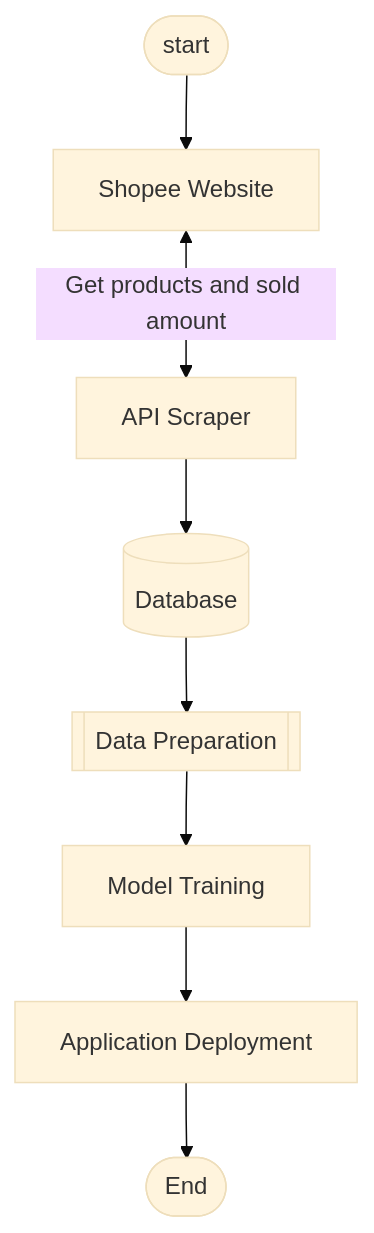
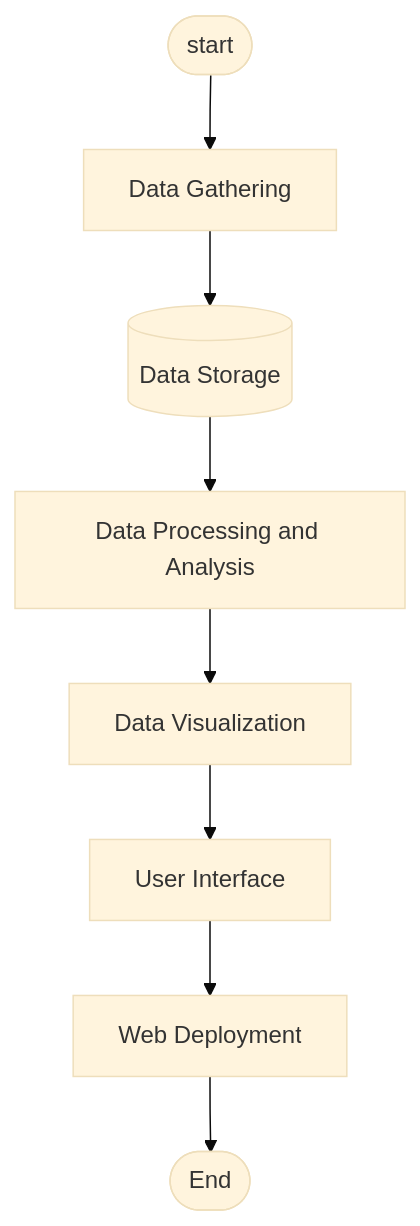
One commit to drshahizan/special-topic-data-engineering changed the first of 2 diagrams in project/proposal/Regex/Proposal_Regex.md. Above: the diagram before and after it, drawn with Mermaid (base theme). The commit also changed other lines of this file, not shown here.

````diff
--- a/project/proposal/Regex/Proposal_Regex.md
+++ b/project/proposal/Regex/Proposal_Regex.md
@@ -178,11 +219,11 @@
 ```mermaid
 
 flowchart TD;
-    id1([start])-->id2[Shopee Website]
-    id2[Shopee Website] <--Get products and sold amount--> id3[API Scraper]
-    id3[API Scraper] --> id4[(Database)]
-    id4[(Database)] --> id5[[Data Preparation]]
-    id5[[Data Preparation]] --> id6[Model Training]
-    id6[Model Training] --> id7[Application Deployment]
-    id7[Application Deployment] --> id8([End])
+    id1([start])-->id2[Data Gathering]
+    id2[Data Gathering] --> id3[(Data Storage)]
+    id3[(Data Storage)] --> id4[Data Processing and Analysis]
+    id4[Data Processing and Analysis] --> id5[Data Visualization]
+    id5[Data Visualization] --> id6[User Interface]
+    id6[User Interface] --> id7[Web Deployment]
+    id7[Web Deployment] --> id8([End])
 ```
````
